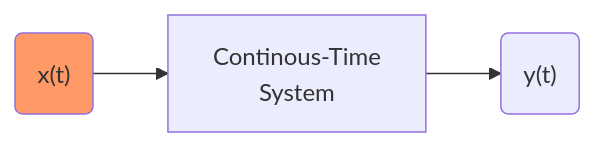
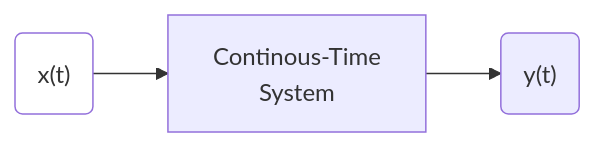
The diagram in signal-processing/kutz/README.md (setrar/dsp), drawn with Mermaid before and after one commit.

````diff
--- a/signal-processing/kutz/README.md
+++ b/signal-processing/kutz/README.md
@@ -50,7 +50,7 @@
 ```mermaid
 %%{init: {"flowchart": {"htmlLabels": false}} }%%
 flowchart LR
     A("x(t)"):::someclass -->B[Continous-Time \n System]
     B-->id("y(t)")
-    classDef someclass fill:#f96
+    classDef someclass fill:#fff
 ```
````
